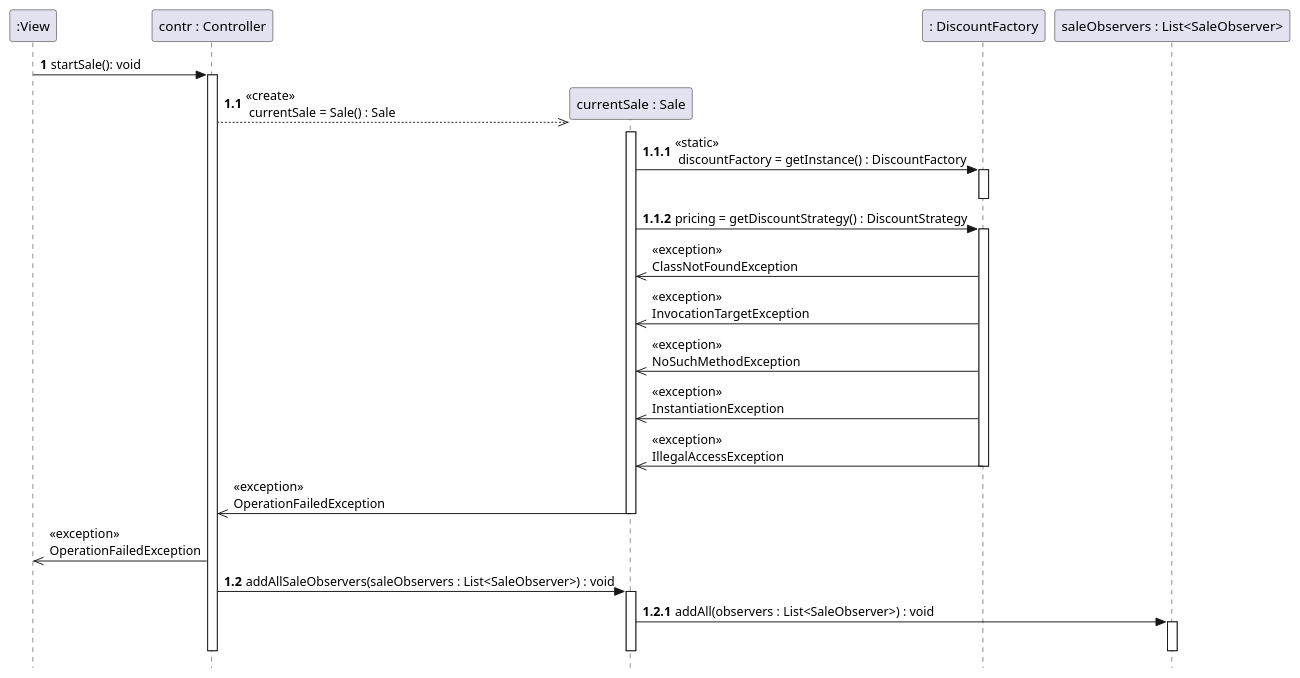
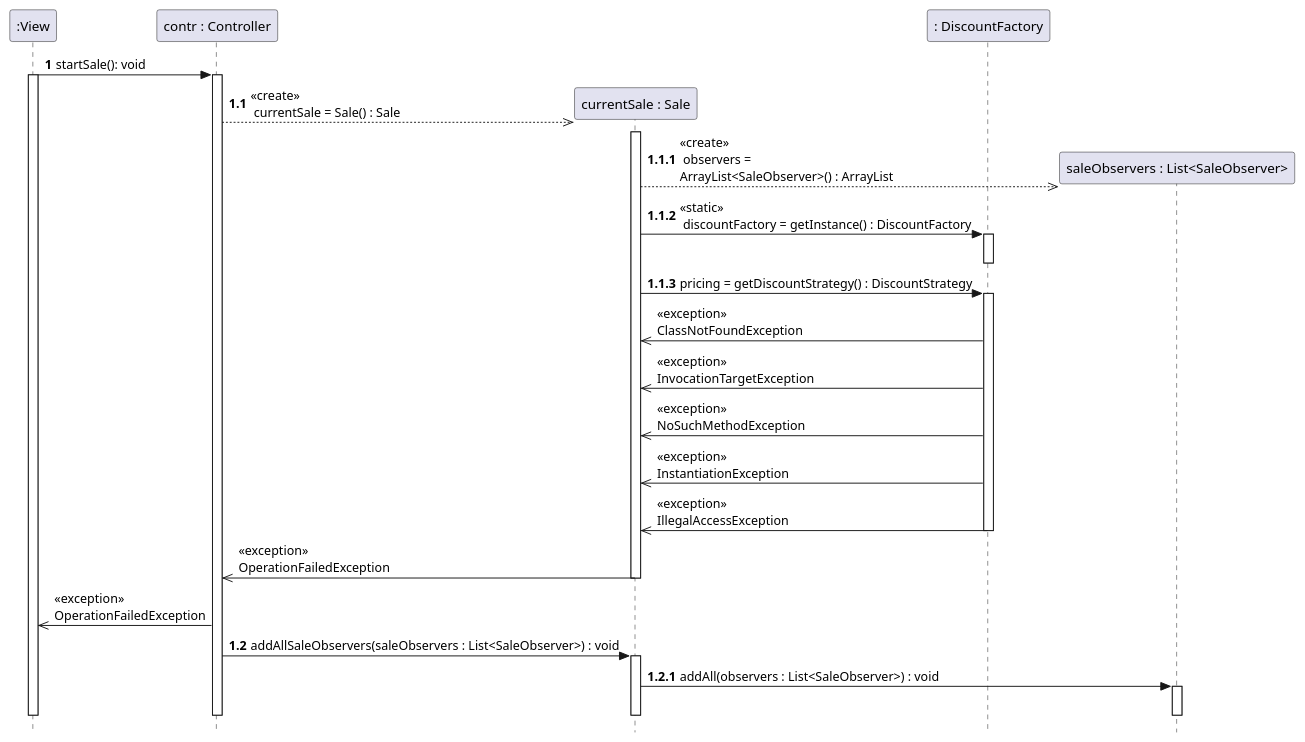
Before and after one commit to VincentFerrigan/kth-iv1350-object-oriented-design: the sixth of 15 diagrams in uml/uml_v3.puml, drawn with PlantUML. The commit also changed other lines of this file and 35 other files, not shown here.

First line of the commit message:
UML and GoF (#43)

```diff
--- a/uml/uml_v3.puml
+++ b/uml/uml_v3.puml
@@ -627,52 +665,58 @@
 @startuml
 skinparam style strictuml
 
 'autoactivate on 'TODO activationbars!!!!!!!
 ' actor user
 hide unlinked
 'title "startSale"
 participant ":View" as View
 participant "contr : Controller" as contr
 participant "currentSale : Sale" as currentSale
 participant ": DiscountFactory" as DiscountFactory
 participant "saleObservers : List<SaleObserver>" as saleObservers
 
 autonumber 1
 View -> contr : startSale(): void
+activate View
 activate contr
 
 autonumber 1.1
 create currentSale
 contr -[dashed]->> currentSale :  <<create>>\n currentSale = Sale() : Sale
 activate currentSale
 autonumber 1.1.1
+create saleObservers
+currentSale -[dashed]->> saleObservers : <<create>>\n observers =\nArrayList<SaleObserver>() : ArrayList
+autonumber 1.1.2
 currentSale -> DiscountFactory : <<static>>\n discountFactory = getInstance() : DiscountFactory
 activate DiscountFactory
 deactivate DiscountFactory
 currentSale -> DiscountFactory : pricing = getDiscountStrategy() : DiscountStrategy
 
 'Hur lägga till brytningen som Leif har i sitt exempel?
+autonumber 1.1.3
 activate DiscountFactory
 autonumber stop
 currentSale <<- DiscountFactory : <<exception>>\nClassNotFoundException
 currentSale <<- DiscountFactory : <<exception>>\nInvocationTargetException
 currentSale <<- DiscountFactory : <<exception>>\nNoSuchMethodException
 currentSale <<- DiscountFactory : <<exception>>\nInstantiationException
 currentSale <<- DiscountFactory : <<exception>>\nIllegalAccessException
 deactivate DiscountFactory
 contr <<- currentSale : <<exception>>\nOperationFailedException
 deactivate currentSale
 View <<- contr : <<exception>>\nOperationFailedException
 autonumber 1.2
 contr -> currentSale : addAllSaleObservers(saleObservers : List<SaleObserver>) : void
 activate currentSale
 autonumber 1.2.1
 currentSale -> saleObservers : addAll(observers : List<SaleObserver>) : void
 activate saleObservers
 deactivate saleObservers
 deactivate currentSale
 
 deactivate contr
+deactivate View
 
 autonumber stop
 @enduml
```
